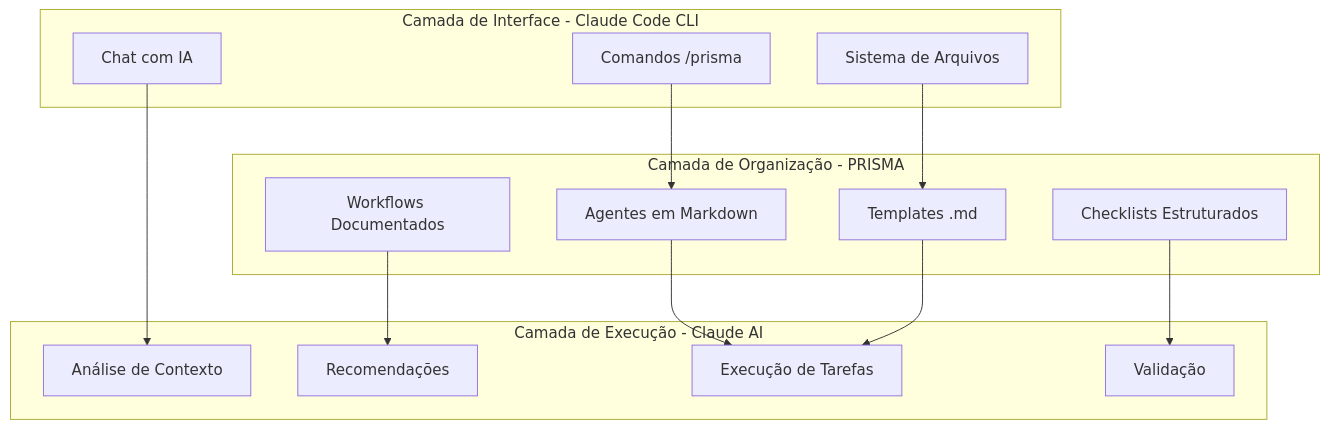
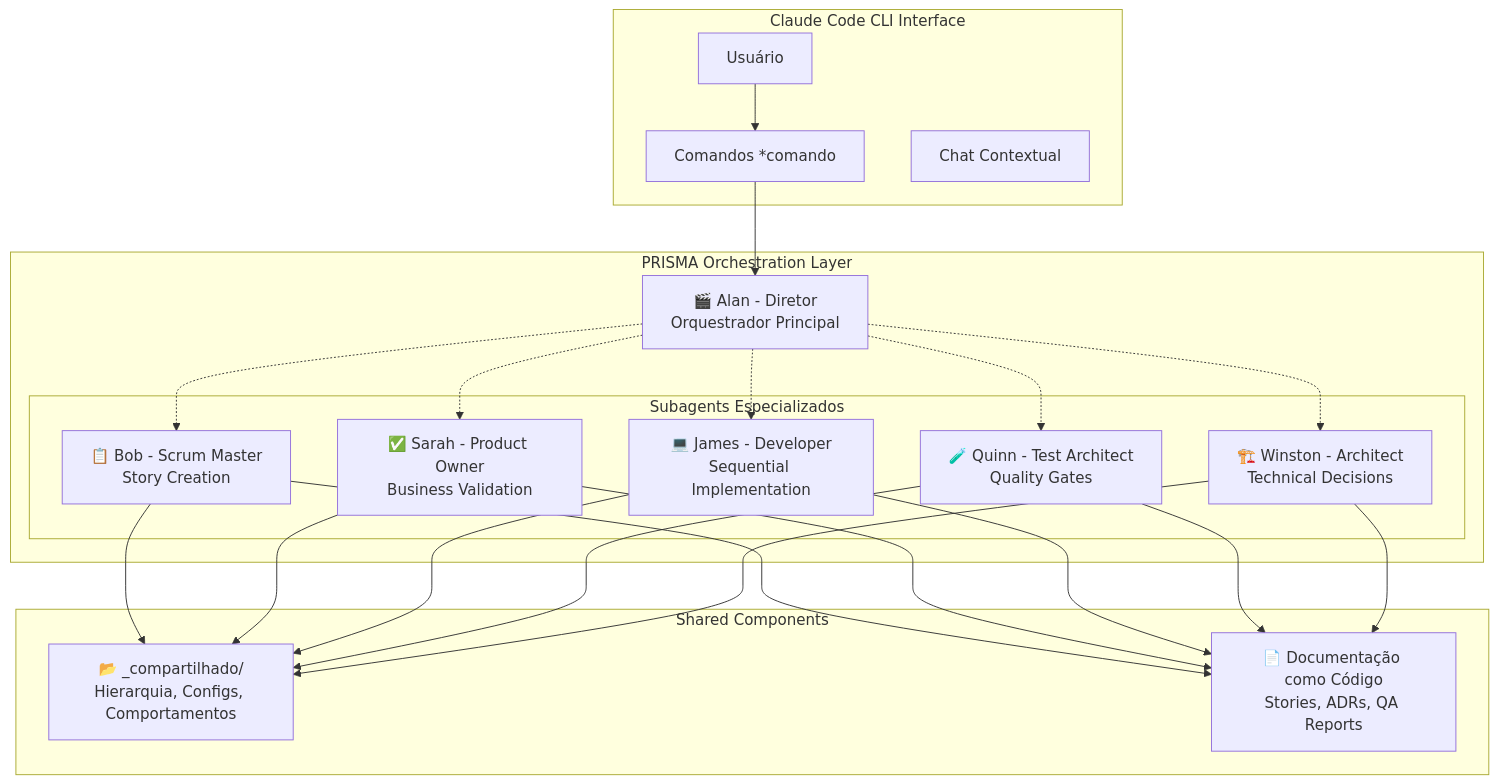
One commit to matheusmaiberg/prisma changed the first of 3 diagrams in docs/architecture.md. Above: the diagram before and after it, drawn with Mermaid. The commit also changed other lines of this file and 4 other files, not shown here.

First line of the commit message:
feat: adicionar documentação e stories PRISMA

````diff
--- a/docs/architecture.md
+++ b/docs/architecture.md
@@ -18,31 +20,45 @@
 ```mermaid
 graph TB
-    subgraph "Camada de Interface - Claude Code CLI"
-        CLI[Comandos /prisma]
-        CHAT[Chat com IA]
-        FILES[Sistema de Arquivos]
+    subgraph "Claude Code CLI Interface"
+        USER[Usuário]
+        CMD[Comandos *comando]
+        CHAT[Chat Contextual]
     end
 
-    subgraph "Camada de Organização - PRISMA"
-        AGENTS[Agentes em Markdown]
-        TEMPLATES[Templates .md]
-        WORKFLOWS[Workflows Documentados]
-        CHECKLISTS[Checklists Estruturados]
+    subgraph "PRISMA Orchestration Layer"
+        ALAN[🎬 Alan - Diretor<br/>Orquestrador Principal]
+
+        subgraph "Subagents Especializados"
+            BOB[📋 Bob - Scrum Master<br/>Story Creation]
+            SARAH[✅ Sarah - Product Owner<br/>Business Validation]
+            JAMES[💻 James - Developer<br/>Sequential Implementation]
+            QUINN[🧪 Quinn - Test Architect<br/>Quality Gates]
+            WINSTON[🏗️ Winston - Architect<br/>Technical Decisions]
+        end
     end
 
-    subgraph "Camada de Execução - Claude AI"
-        CONTEXT[Análise de Contexto]
-        RECOMMEND[Recomendações]
-        EXECUTE[Execução de Tarefas]
-        VALIDATE[Validação]
+    subgraph "Shared Components"
+        SHARED[📂 _compartilhado/<br/>Hierarquia, Configs, Comportamentos]
+        DOCS[📄 Documentação como Código<br/>Stories, ADRs, QA Reports]
     end
 
-    CLI --> AGENTS
-    CHAT --> CONTEXT
-    FILES --> TEMPLATES
+    USER --> CMD
+    CMD --> ALAN
+    ALAN -.-> BOB
+    ALAN -.-> SARAH
+    ALAN -.-> JAMES
+    ALAN -.-> QUINN
+    ALAN -.-> WINSTON
 
-    AGENTS --> EXECUTE
-    TEMPLATES --> EXECUTE
-    WORKFLOWS --> RECOMMEND
-    CHECKLISTS --> VALIDATE
+    BOB --> SHARED
+    SARAH --> SHARED
+    JAMES --> SHARED
+    QUINN --> SHARED
+    WINSTON --> SHARED
+
+    BOB --> DOCS
+    SARAH --> DOCS
+    JAMES --> DOCS
+    QUINN --> DOCS
+    WINSTON --> DOCS
 ```
````
